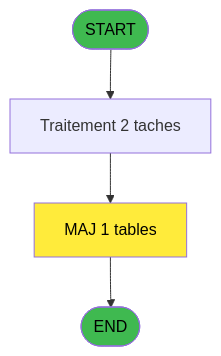
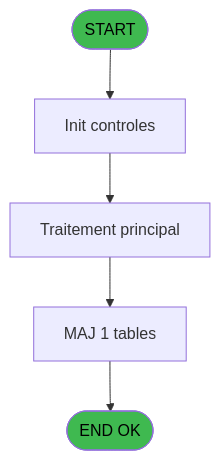
The first of 3 diagrams in .openspec/specs/ADH-IDE-100.md (thonyAGP/lecteur-magic), drawn with Mermaid before and after one commit. The commit also changed other lines of this file and 493 other files, not shown here.

````diff
--- a/.openspec/specs/ADH-IDE-100.md
+++ b/.openspec/specs/ADH-IDE-100.md
@@ -77,11 +77,14 @@
 ```mermaid
 flowchart TD
     START([START])
-    PROCESS[Traitement 2 taches]
-    WRITE[MAJ 1 tables]
-    START --> PROCESS --> WRITE --> ENDOK
-    ENDOK([END])
+    INIT[Init controles]
+    SAISIE[Traitement principal]
+    UPDATE[MAJ 1 tables]
+    ENDOK([END OK])
+
+    START --> INIT --> SAISIE
+    SAISIE --> UPDATE --> ENDOK
+
     style START fill:#3fb950,color:#000
     style ENDOK fill:#3fb950,color:#000
-    style WRITE fill:#ffeb3b,color:#000
 ```
````
